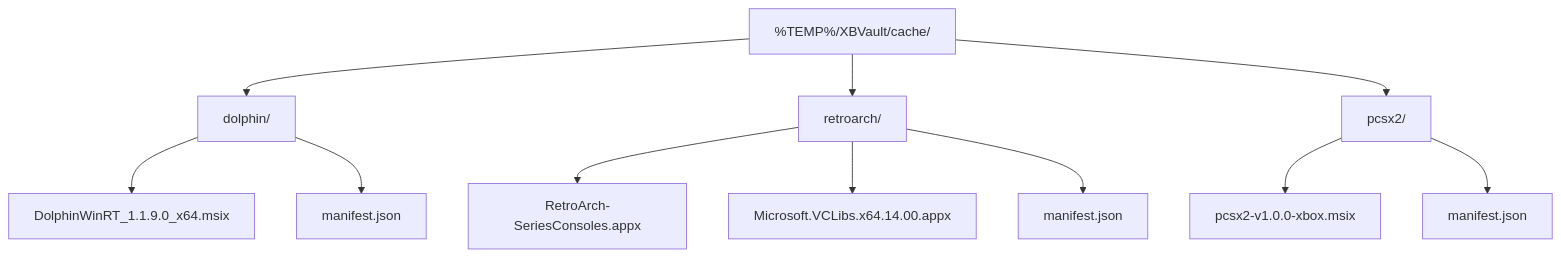
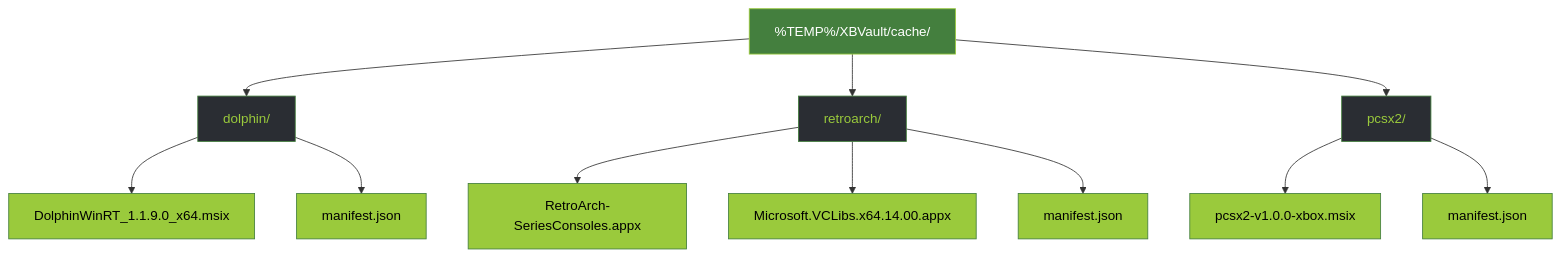
One commit to marcelofrau/xb-homebrew-vault changed the second of 2 diagrams in docs/data-sources.md. Above: the diagram before and after it, drawn with Mermaid. The commit also changed other lines of this file and 29 other files, not shown here.

````diff
--- a/docs/data-sources.md
+++ b/docs/data-sources.md
@@ -52,20 +114,32 @@
 ```mermaid
-graph
+graph TD
     root["%TEMP%/XBVault/cache/"]
     dolphin["dolphin/"]
     retroarch["retroarch/"]
     pcsx2["pcsx2/"]
     root --> dolphin
     root --> retroarch
     root --> pcsx2
 
     dolphin --> d1["DolphinWinRT_1.1.9.0_x64.msix"]
     dolphin --> dm["manifest.json"]
 
     retroarch --> r1["RetroArch-SeriesConsoles.appx"]
     retroarch --> r2["Microsoft.VCLibs.x64.14.00.appx"]
     retroarch --> rm["manifest.json"]
 
     pcsx2 --> p1["pcsx2-v1.0.0-xbox.msix"]
     pcsx2 --> pm["manifest.json"]
+    
+    style root fill:#447F3E,stroke:#9ACA3C,color:#fff
+    style dolphin fill:#2A2D33,stroke:#447F3E,color:#9ACA3C
+    style retroarch fill:#2A2D33,stroke:#447F3E,color:#9ACA3C
+    style pcsx2 fill:#2A2D33,stroke:#447F3E,color:#9ACA3C
+    style d1 fill:#9ACA3C,stroke:#447F3E,color:#000
+    style dm fill:#9ACA3C,stroke:#447F3E,color:#000
+    style r1 fill:#9ACA3C,stroke:#447F3E,color:#000
+    style r2 fill:#9ACA3C,stroke:#447F3E,color:#000
+    style rm fill:#9ACA3C,stroke:#447F3E,color:#000
+    style p1 fill:#9ACA3C,stroke:#447F3E,color:#000
+    style pm fill:#9ACA3C,stroke:#447F3E,color:#000
 ```
````
